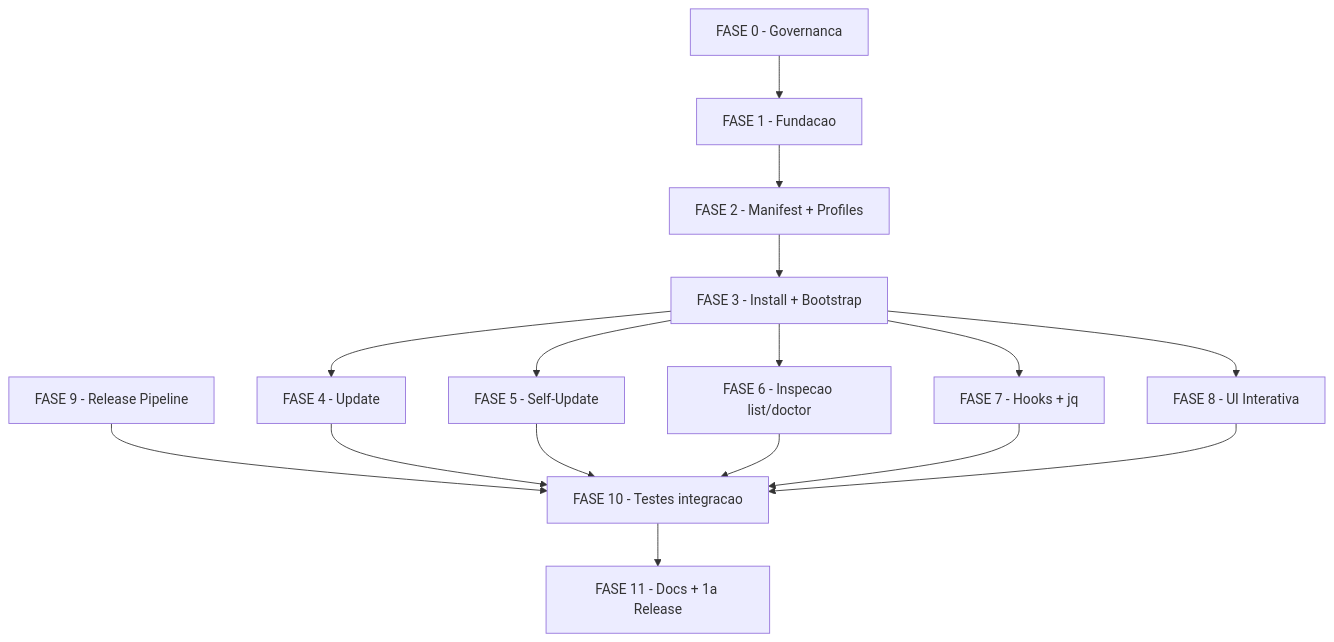
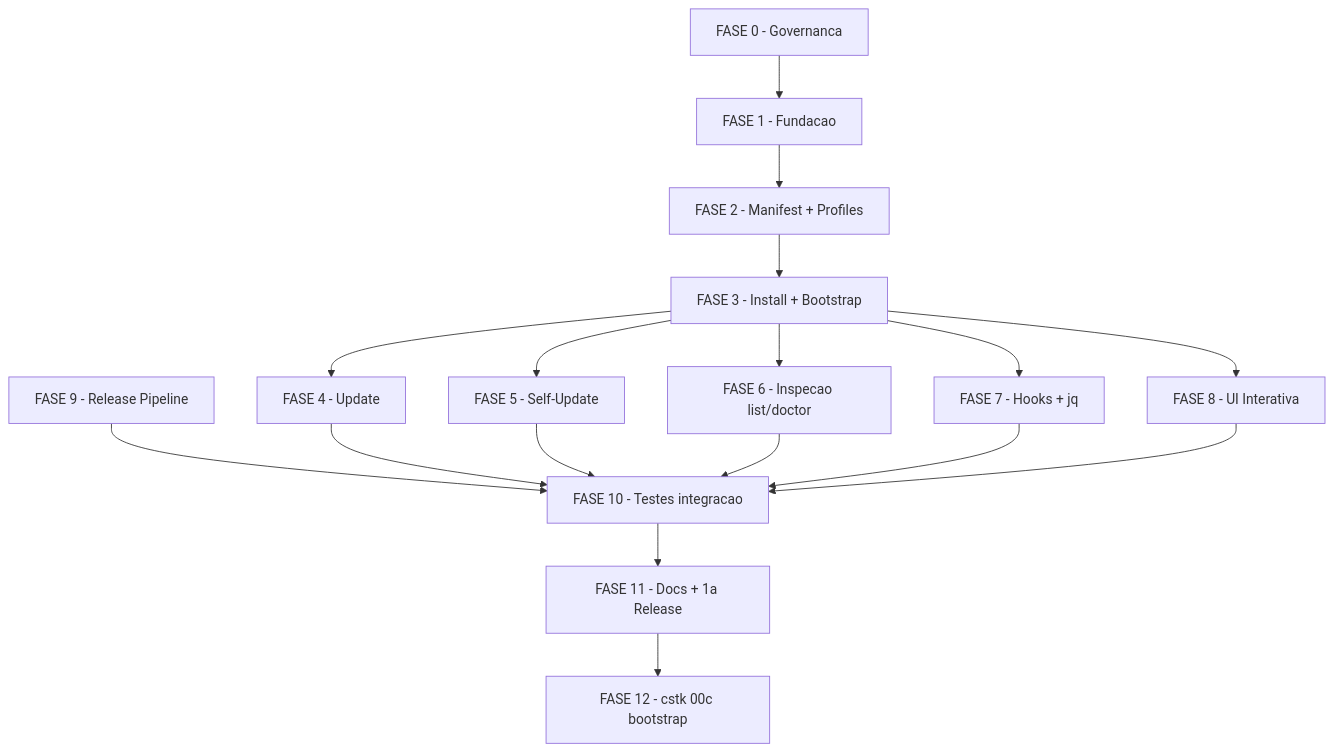
One commit to JotJunior/claude-ai-tips changed the diagram in docs/specs/cstk-cli/tasks.md. Above: the diagram before and after it, drawn with Mermaid. The commit also changed other lines of this file and 11 other files, not shown here.

````diff
--- a/docs/specs/cstk-cli/tasks.md
+++ b/docs/specs/cstk-cli/tasks.md
@@ -423,31 +423,33 @@
 ```mermaid
 flowchart TD
     F0[FASE 0 - Governanca]
     F1[FASE 1 - Fundacao]
     F2[FASE 2 - Manifest + Profiles]
     F3[FASE 3 - Install + Bootstrap]
     F4[FASE 4 - Update]
     F5[FASE 5 - Self-Update]
     F6[FASE 6 - Inspecao list/doctor]
     F7[FASE 7 - Hooks + jq]
     F8[FASE 8 - UI Interativa]
     F9[FASE 9 - Release Pipeline]
     F10[FASE 10 - Testes integracao]
     F11[FASE 11 - Docs + 1a Release]
+    F12[FASE 12 - cstk 00c bootstrap]
 
     F0 --> F1
     F1 --> F2
     F2 --> F3
   F3 --> F4
     F3 --> F5
     F3 --> F6
     F3 --> F7
     F3 --> F8
     F9 --> F10
     F4 --> F10
     F5 --> F10
     F6 --> F10
     F7 --> F10
     F8 --> F10
     F10 --> F11
+    F11 --> F12
 ```
````
